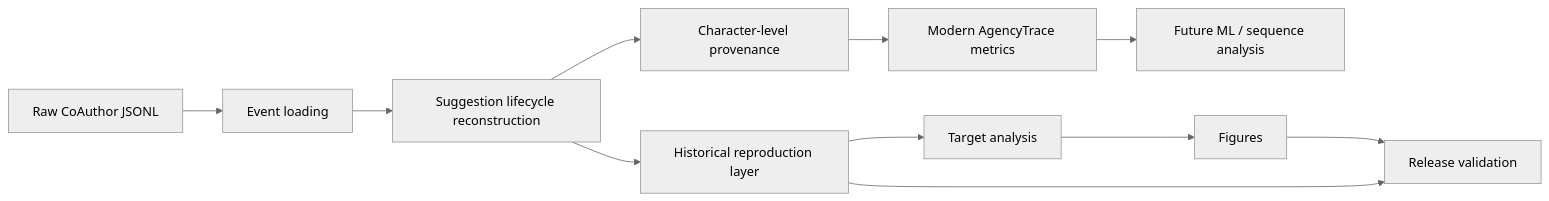
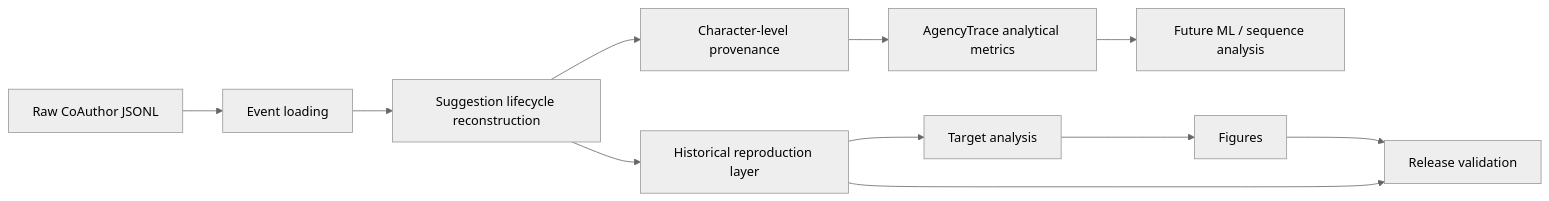
Before and after one commit to amalkerrouche1208-create/Agency-Trace-Framework: the diagram in README.md, drawn with Mermaid (neutral theme). The commit also changed other lines of this file and 11 other files, not shown here.

````diff
--- a/README.md
+++ b/README.md
@@ -21,13 +21,13 @@
 ```mermaid
 flowchart LR
     A["Raw CoAuthor JSONL"] --> B["Event loading"]
     B --> C["Suggestion lifecycle reconstruction"]
     C --> D["Character-level provenance"]
-    D --> E["Modern AgencyTrace metrics"]
+    D --> E["AgencyTrace analytical metrics"]
     C --> F["Historical reproduction layer"]
     F --> G["Target analysis"]
     G --> H["Figures"]
     E --> I["Future ML / sequence analysis"]
     F --> J["Release validation"]
     H --> J
 ```
````
